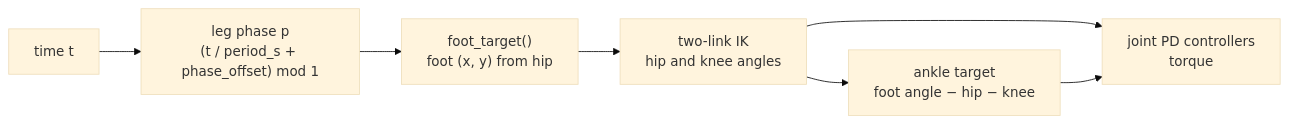
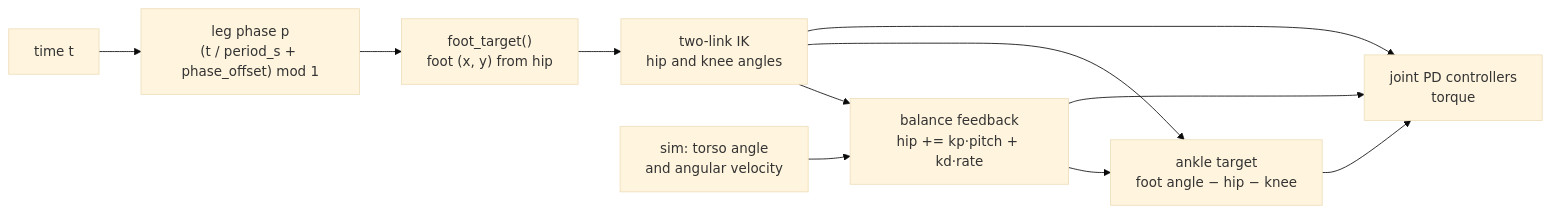
Before and after one commit to Martin-Jin/humanoid-walk: the first of 3 diagrams in docs/gait.md, drawn with Mermaid (base theme). The commit also changed other lines of this file and 9 other files, not shown here.

Commit message:
Added hip balance correction, and debug features such as pinning the torso to test without balance.

````diff
--- a/docs/gait.md
+++ b/docs/gait.md
@@ -10,9 +10,13 @@
 ```mermaid
 flowchart LR
     T["time t"] --> P["leg phase p<br/>(t / period_s + phase_offset) mod 1"]
     P --> F["foot_target()<br/>foot (x, y) from hip"]
     F --> IK["two-link IK<br/>hip and knee angles"]
-    IK --> A["ankle target<br/>foot angle − hip − knee"]
-    IK --> PD["joint PD controllers<br/>torque"]
+    IK --> B["balance feedback<br/>hip += kp·pitch + kd·rate"]
+    S["sim: torso angle<br/>and angular velocity"] --> B
+    B --> A["ankle target<br/>foot angle − hip − knee"]
+    IK --> A
+    B --> PD["joint PD controllers<br/>torque"]
+    IK --> PD
     A --> PD
 ```
````
